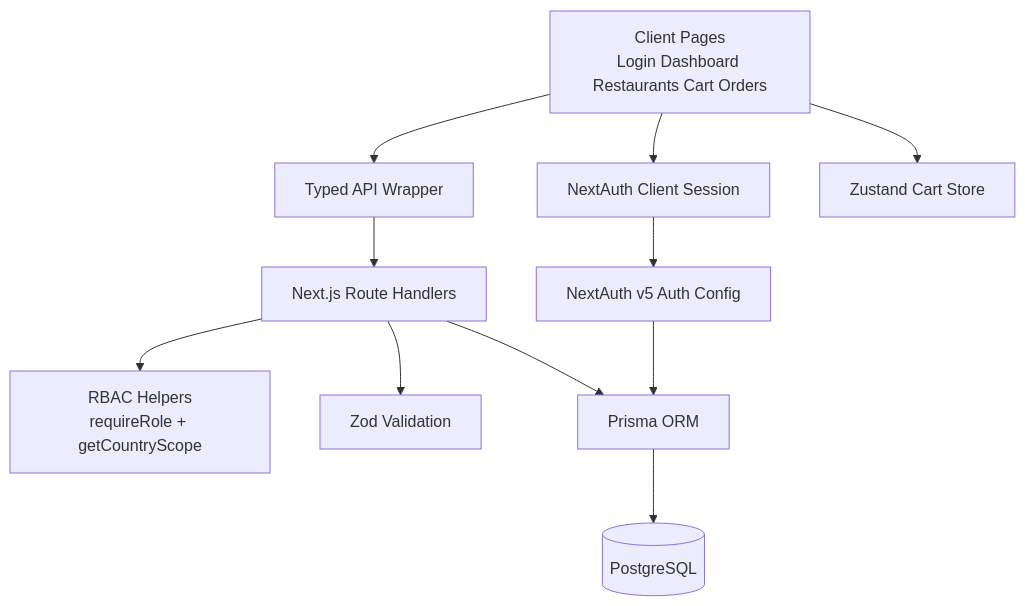
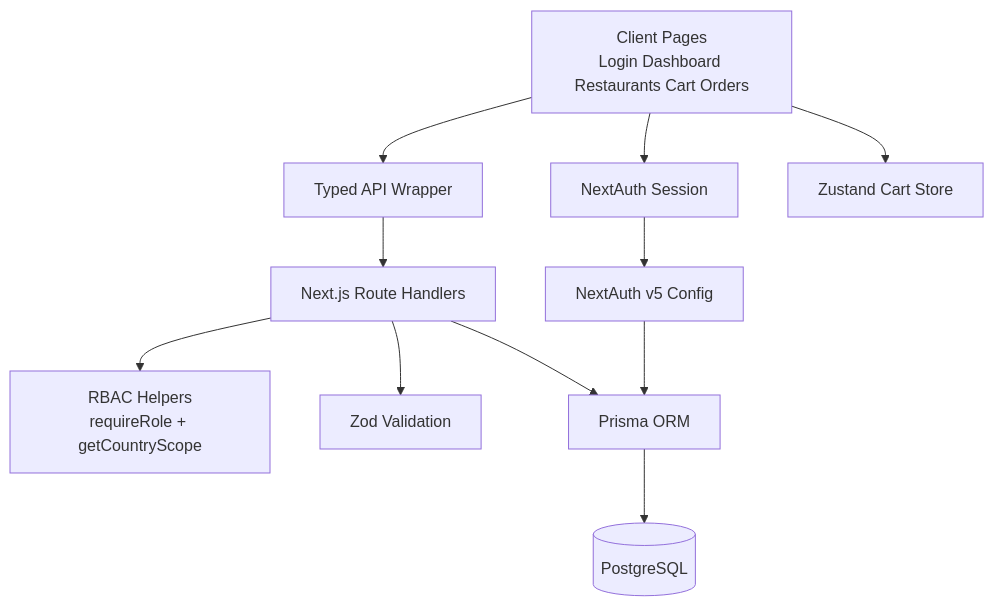
Before and after one commit to S-Munawar/slooze-assignment: the diagram in README.md, drawn with Mermaid. The commit also changed other lines of this file and 4 other files, not shown here.

````diff
--- a/README.md
+++ b/README.md
@@ -83,13 +136,13 @@
 ```mermaid
 flowchart TD
   A[Client Pages\nLogin Dashboard Restaurants Cart Orders] --> B[Typed API Wrapper]
   B --> C[Next.js Route Handlers]
   C --> D[RBAC Helpers\nrequireRole + getCountryScope]
   C --> E[Zod Validation]
   C --> F[Prisma ORM]
   F --> G[(PostgreSQL)]
-  A --> H[NextAuth Client Session]
-  H --> I[NextAuth v5 Auth Config]
+  A --> H[NextAuth Session]
+  H --> I[NextAuth v5 Config]
   I --> F
   A --> J[Zustand Cart Store]
 ```
````
